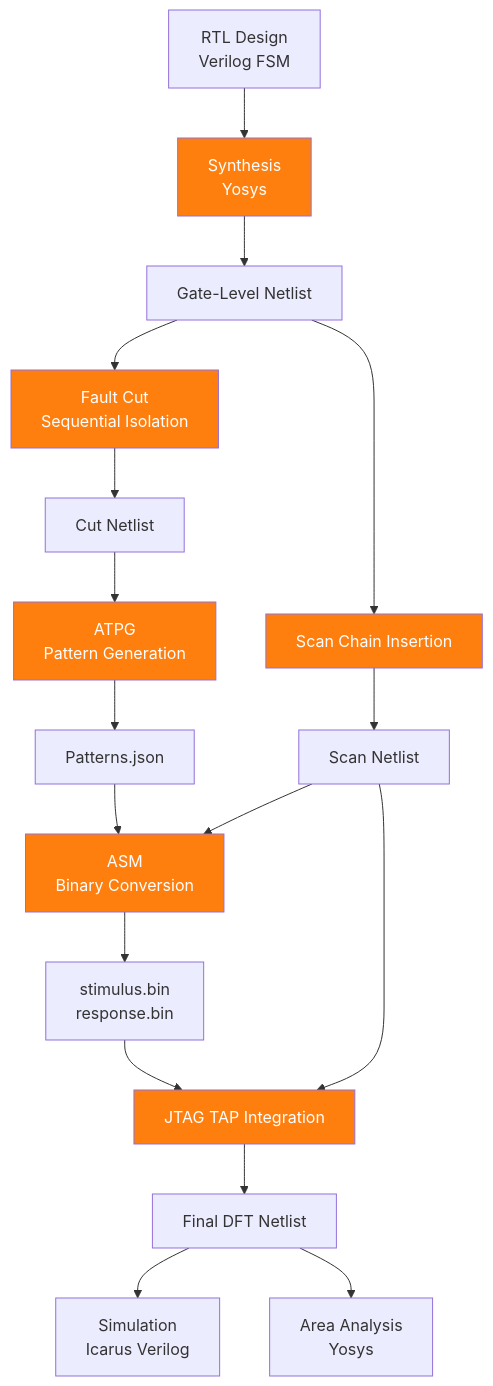
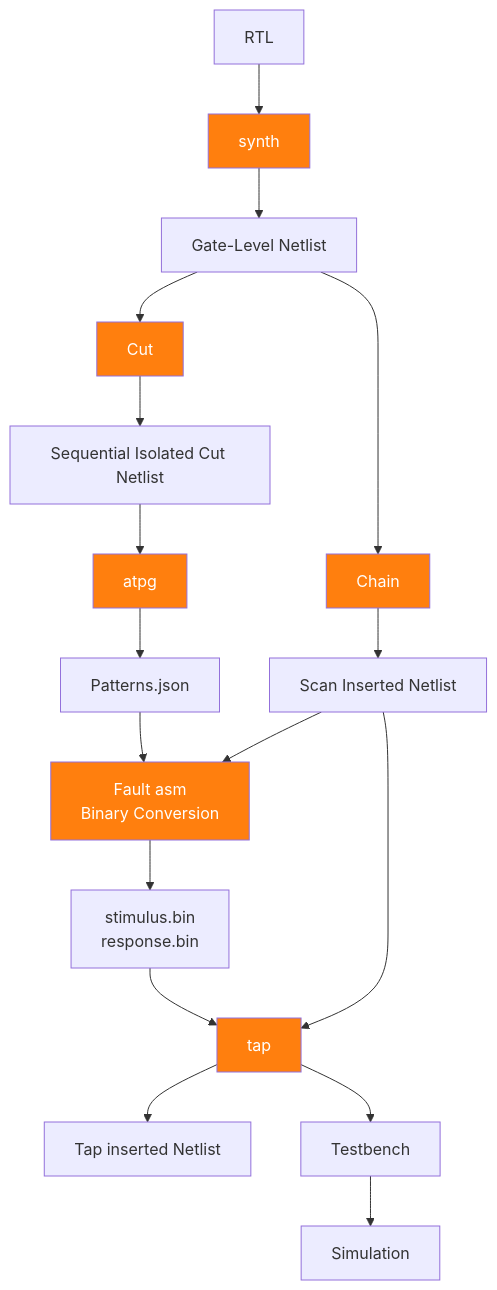
One commit to keyurd1998-sys/open-source-dft-flow changed the diagram in README.md. Above: the diagram before and after it, drawn with Mermaid.

````diff
--- a/README.md
+++ b/README.md
@@ -33,34 +33,27 @@
 ```mermaid
 flowchart TB
+A[RTL] --> B[synth]
+B --> C[Gate-Level Netlist]
+C --> D[Cut]
+D --> E[Sequential Isolated Cut Netlist]
+C --> J[Chain]
+J --> K[Scan Inserted Netlist]
+E --> F[atpg]
+F --> G[Patterns.json]
+G --> H[Fault asm<br/>Binary Conversion]
+K --> H
+H --> I[stimulus.bin<br/>response.bin]
+K --> L[tap]
+I --> L
+L --> M[Tap inserted Netlist]
+L --> P[Testbench]
+P --> N[Simulation]
 
-A[RTL Design<br/>Verilog FSM] --> B[Synthesis<br/>Yosys]
-B --> C[Gate-Level Netlist]
 
-C --> D[Fault Cut<br/>Sequential Isolation]
-D --> E[Cut Netlist]
-
-E --> F[ATPG<br/>Pattern Generation]
-F --> G[Patterns.json]
-
-G --> H[ASM<br/>Binary Conversion]
-K --> H[ASM<br/>Binary Conversion]
-H --> I[stimulus.bin<br/>response.bin]
-
-C --> J[Scan Chain Insertion]
-J --> K[Scan Netlist]
-
-K --> L[JTAG TAP Integration]
-I --> L
-
-L --> M[Final DFT Netlist]
-
-M --> N[Simulation<br/>Icarus Verilog]
-M --> O[Area Analysis<br/>Yosys]
-
+style B fill:#ff7f0e,color:#fff
 style D fill:#ff7f0e,color:#fff
-style B fill:#ff7f0e,color:#fff
 style F fill:#ff7f0e,color:#fff
 style J fill:#ff7f0e,color:#fff
 style H fill:#ff7f0e,color:#fff
 style L fill:#ff7f0e,color:#fff
 ```
````
